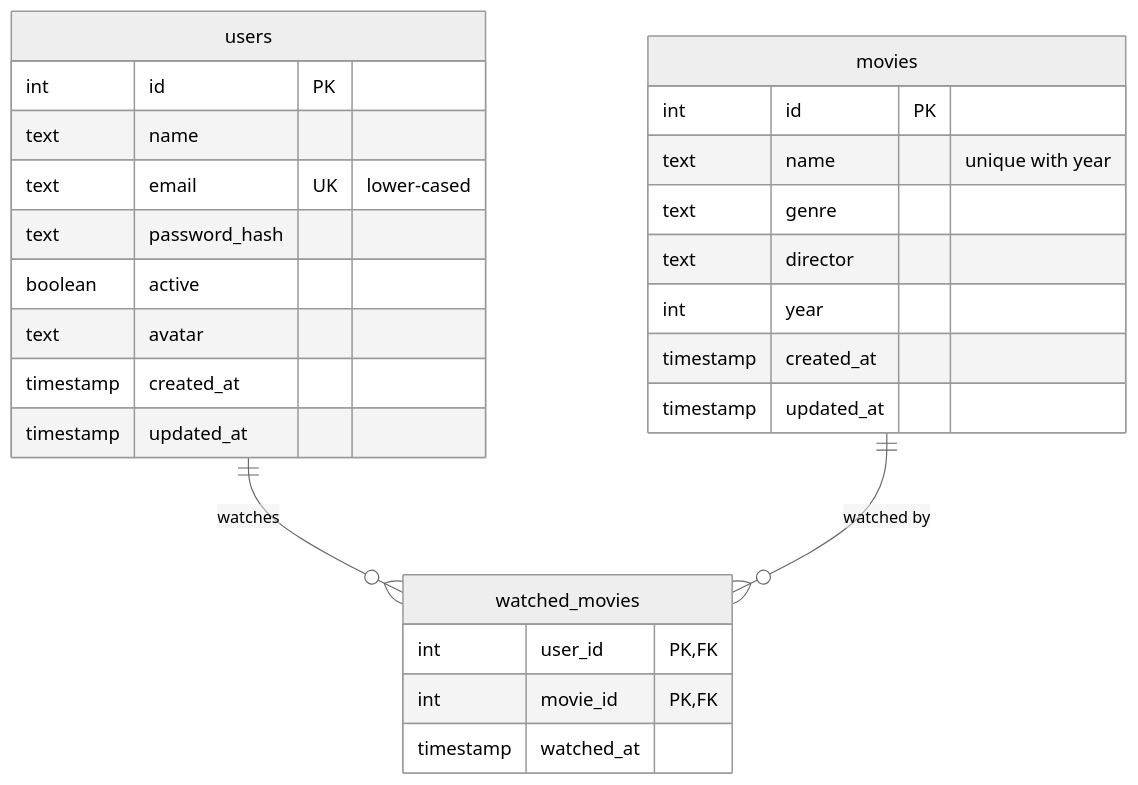
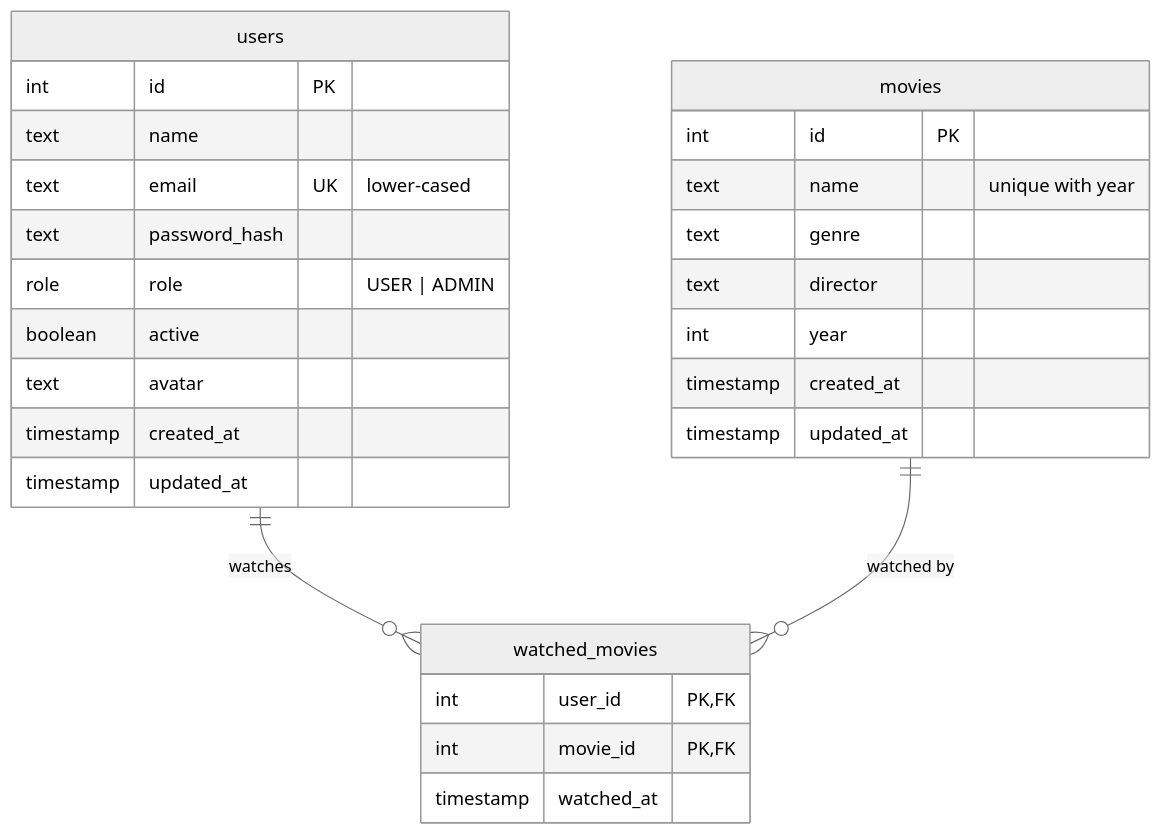
Before and after one commit to brunocmg/movie-catalog-api: the diagram in README.md, drawn with Mermaid (neutral theme). The commit also changed other lines of this file and 29 other files, not shown here.

First line of the commit message:
feat: role-based access control (USER / ADMIN)

````diff
--- a/README.md
+++ b/README.md
@@ -72,29 +73,30 @@
 ```mermaid
 erDiagram
   users ||--o{ watched_movies : watches
   movies ||--o{ watched_movies : "watched by"
   users {
     int id PK
     text name
     text email UK "lower-cased"
     text password_hash
+    role role "USER | ADMIN"
     boolean active
     text avatar
     timestamp created_at
     timestamp updated_at
   }
   movies {
     int id PK
     text name "unique with year"
     text genre
     text director
     int year
     timestamp created_at
     timestamp updated_at
   }
   watched_movies {
     int user_id PK,FK
     int movie_id PK,FK
     timestamp watched_at
   }
 ```
````
